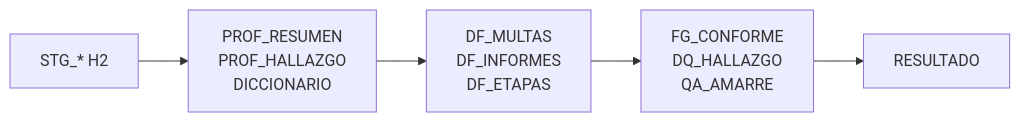
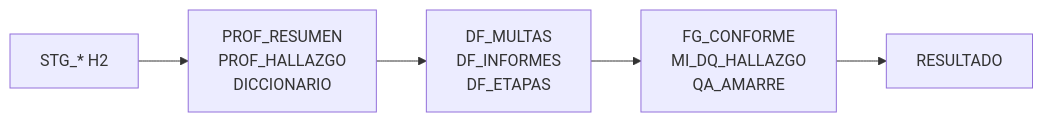
One commit to nwodevops/multa_informes_etl changed the second of 3 diagrams in docs/fase1-3/status.md. Above: the diagram before and after it, drawn with Mermaid. The commit also changed other lines of this file and 40 other files, not shown here.

````diff
--- a/docs/fase1-3/status.md
+++ b/docs/fase1-3/status.md
@@ -70,10 +70,10 @@
 ```mermaid
 flowchart LR
   STG["STG_* H2"]
   P2["PROF_RESUMEN<br/>PROF_HALLAZGO<br/>DICCIONARIO"]
   P3["DF_MULTAS<br/>DF_INFORMES<br/>DF_ETAPAS"]
-  P4["FG_CONFORME<br/>DQ_HALLAZGO<br/>QA_AMARRE"]
+  P4["FG_CONFORME<br/>MI_DQ_HALLAZGO<br/>QA_AMARRE"]
   RES["RESULTADO"]
 
   STG --> P2 --> P3 --> P4 --> RES
 ```
````
